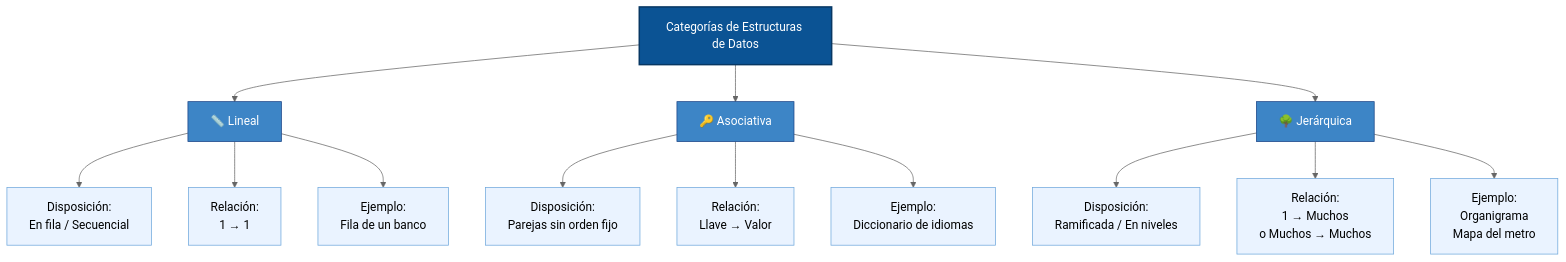
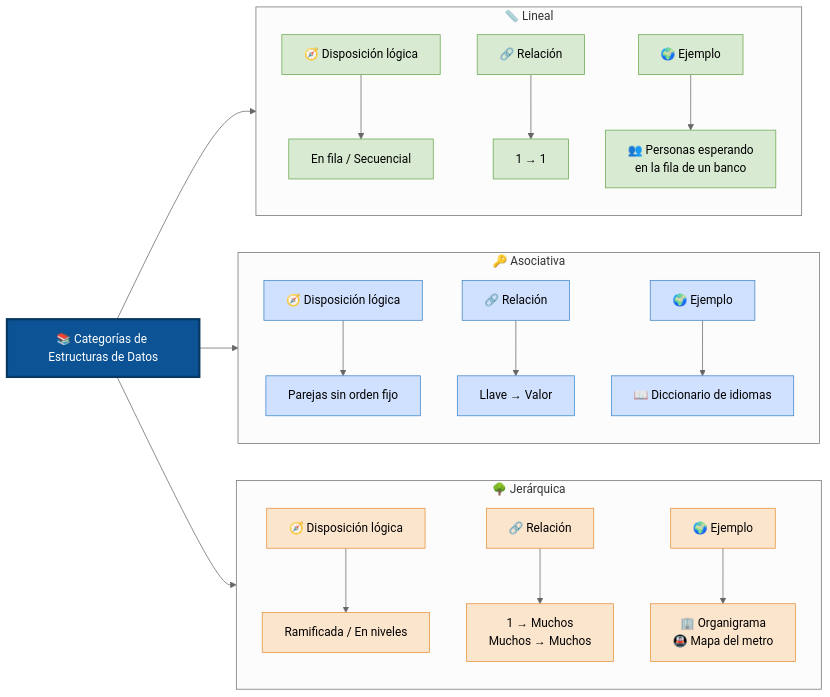
One commit to JhalexR/learning-journey changed the diagram in Knowledge Base/1 Fundamentos Esenciales/4. Estructuras de datos.md. Above: the diagram before and after it, drawn with Mermaid (neutral theme). The commit also changed other lines of this file, not shown here.

Commit message:
Update 4. Estructuras de datos.md
Update the structure category chart.

````diff
--- a/Knowledge Base/1 Fundamentos Esenciales/4. Estructuras de datos.md
+++ b/Knowledge Base/1 Fundamentos Esenciales/4. Estructuras de datos.md
@@ -9,29 +9,103 @@
 ```mermaid
-flowchart 
+flowchart LR
 
-    A["Categorías de Estructuras de Datos"]
+%%=========================
+%% TÍTULO
+%%=========================
 
-    A --> L["📏 Lineal"]
-    A --> AS["🔑 Asociativa"]
-    A --> J["🌳 Jerárquica"]
+TITLE["📚 Categorías de Estructuras de Datos"]
 
-    L --> L1["Disposición:<br/>En fila / Secuencial"]
-    L --> L2["Relación:<br/>1 → 1"]
-    L --> L3["Ejemplo:<br/>Fila de un banco"]
+%%=========================
+%% SUBGRAFO LINEAL
+%%=========================
 
-    AS --> AS1["Disposición:<br/>Parejas sin orden fijo"]
-    AS --> AS2["Relación:<br/>Llave → Valor"]
-    AS --> AS3["Ejemplo:<br/>Diccionario de idiomas"]
+subgraph LINEAL["📏 Lineal"]
+direction TB
 
-    J --> J1["Disposición:<br/>Ramificada / En niveles"]
-    J --> J2["Relación:<br/>1 → Muchos<br/>o Muchos → Muchos"]
-    J --> J3["Ejemplo:<br/>Organigrama<br/>Mapa del metro"]
+L1["🧭 Disposición lógica"]
+L2["En fila / Secuencial"]
 
-    classDef titulo fill:#0B5394,color:#fff,stroke:#073763,stroke-width:2px;
-    classDef categoria fill:#3D85C6,color:#fff,stroke:#1C4587;
-    classDef detalle fill:#EAF3FF,color:#000,stroke:#6FA8DC;
+L3["🔗 Relación"]
+L4["1 → 1"]
 
-    class A titulo;
-    class L,AS,J categoria;
-    class L1,L2,L3,AS1,AS2,AS3,J1,J2,J3 detalle;
+L5["🌍 Ejemplo"]
+L6["👥 Personas esperando<br/>en la fila de un banco"]
+
+L1 --> L2
+L3 --> L4
+L5 --> L6
+
+end
+
+%%=========================
+%% SUBGRAFO ASOCIATIVA
+%%=========================
+
+subgraph ASOCIATIVA["🔑 Asociativa"]
+direction TB
+
+A1["🧭 Disposición lógica"]
+A2["Parejas sin orden fijo"]
+
+A3["🔗 Relación"]
+A4["Llave → Valor"]
+
+A5["🌍 Ejemplo"]
+A6["📖 Diccionario de idiomas"]
+
+A1 --> A2
+A3 --> A4
+A5 --> A6
+
+end
+
+%%=========================
+%% SUBGRAFO JERÁRQUICA
+%%=========================
+
+subgraph JERARQUICA["🌳 Jerárquica"]
+direction TB
+
+J1["🧭 Disposición lógica"]
+J2["Ramificada / En niveles"]
+
+J3["🔗 Relación"]
+J4["1 → Muchos<br/>Muchos → Muchos"]
+
+J5["🌍 Ejemplo"]
+J6["🏢 Organigrama<br/>🚇 Mapa del metro"]
+
+J1 --> J2
+J3 --> J4
+J5 --> J6
+
+end
+
+%%=========================
+%% CONEXIONES
+%%=========================
+
+TITLE --> LINEAL
+TITLE --> ASOCIATIVA
+TITLE --> JERARQUICA
+
+%%=========================
+%% ESTILOS
+%%=========================
+
+classDef titulo fill:#0B5394,color:#FFFFFF,stroke:#073763,stroke-width:3px;
+
+classDef lineal fill:#D9EAD3,stroke:#6AA84F,color:#000;
+
+classDef asociativa fill:#D0E0FF,stroke:#3D85C6,color:#000;
+
+classDef jerarquica fill:#FCE5CD,stroke:#E69138,color:#000;
+
+class TITLE titulo;
+
+class L1,L2,L3,L4,L5,L6 lineal;
+
+class A1,A2,A3,A4,A5,A6 asociativa;
+
+class J1,J2,J3,J4,J5,J6 jerarquica;
 ```
````
